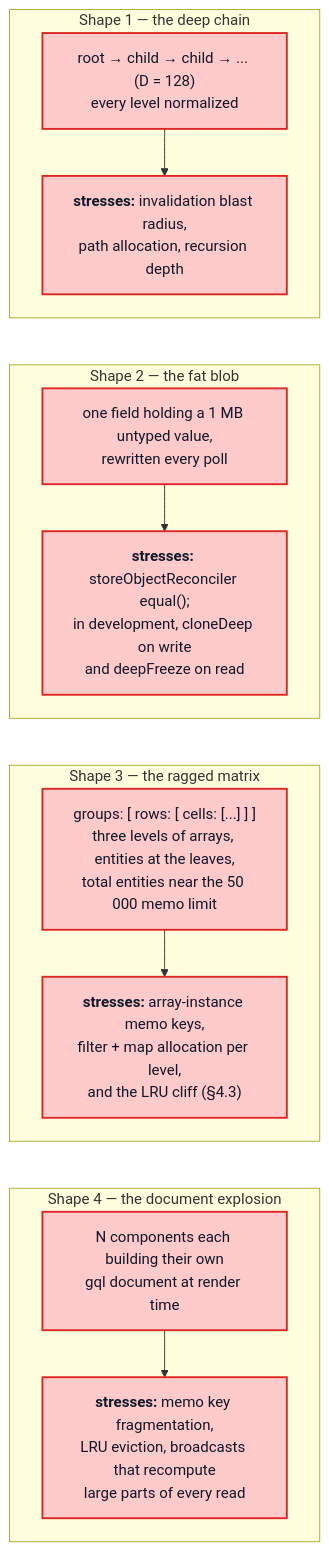
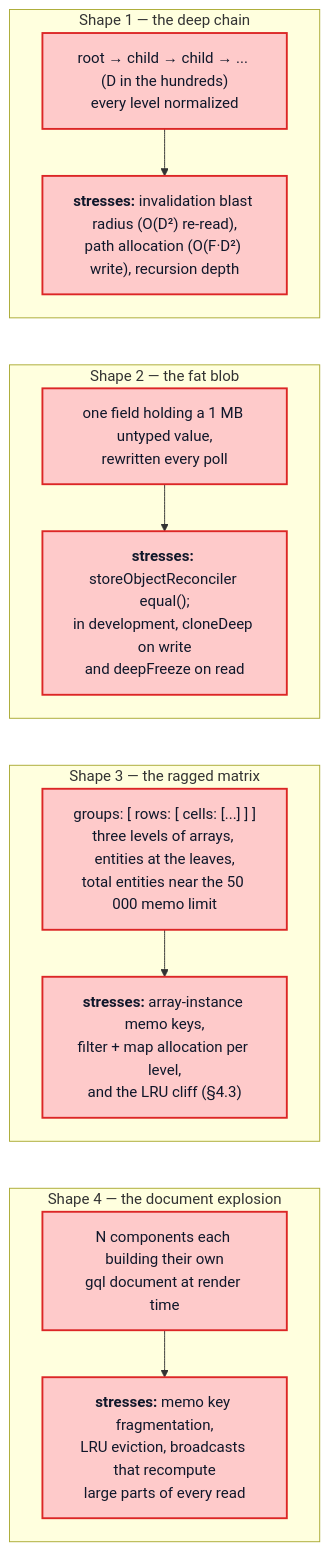
One commit to convict-git/fast-gql-cache-rs changed the diagram in docs/performance/08-worst-case-shapes.md. Above: the diagram before and after it, drawn with Mermaid. The commit also changed other lines of this file and 10 other files, not shown here.

First line of the commit message:
docs(perf): correct complexities and flows, define every symbol

````diff
--- a/docs/performance/08-worst-case-shapes.md
+++ b/docs/performance/08-worst-case-shapes.md
@@ -7,32 +7,32 @@
 ```mermaid
 flowchart TB
     subgraph s1["Shape 1 — the deep chain"]
-        A1["root → child → child → ... (D = 128)<br/>every level normalized"]:::dirty
-        A2["<b>stresses:</b> invalidation blast radius,<br/>path allocation, recursion depth"]:::dirty
+        A1["root → child → child → ... (D in the hundreds)<br/>every level normalized"]:::dirty
+        A2["<b>stresses:</b> invalidation blast radius (O(D²) re-read),<br/>path allocation (O(F·D²) write), recursion depth"]:::dirty
         A1 --> A2
     end
 
     subgraph s2["Shape 2 — the fat blob"]
         B1["one field holding a 1 MB untyped value,<br/>rewritten every poll"]:::dirty
         B2["<b>stresses:</b> storeObjectReconciler equal();<br/>in development, cloneDeep on write<br/>and deepFreeze on read"]:::dirty
         B1 --> B2
     end
 
     subgraph s3["Shape 3 — the ragged matrix"]
         C1["groups: [ rows: [ cells: [...] ] ]<br/>three levels of arrays, entities at the leaves,<br/>total entities near the 50 000 memo limit"]:::dirty
         C2["<b>stresses:</b> array-instance memo keys,<br/>filter + map allocation per level,<br/>and the LRU cliff (§4.3)"]:::dirty
         C1 --> C2
     end
 
     subgraph s4["Shape 4 — the document explosion"]
         D1["N components each building their own<br/>gql document at render time"]:::dirty
         D2["<b>stresses:</b> memo key fragmentation,<br/>LRU eviction, broadcasts that recompute<br/>large parts of every read"]:::dirty
         D1 --> D2
     end
 
     A2 ~~~ B1
     B2 ~~~ C1
     C2 ~~~ D1
 
     classDef dirty fill:#fecaca,stroke:#dc2626,stroke-width:2px,color:#0f172a
 ```
````
